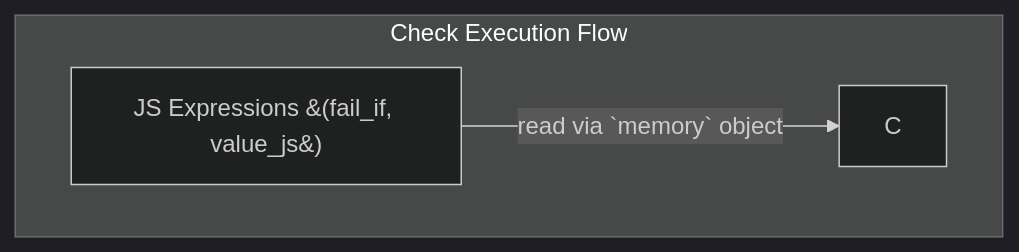
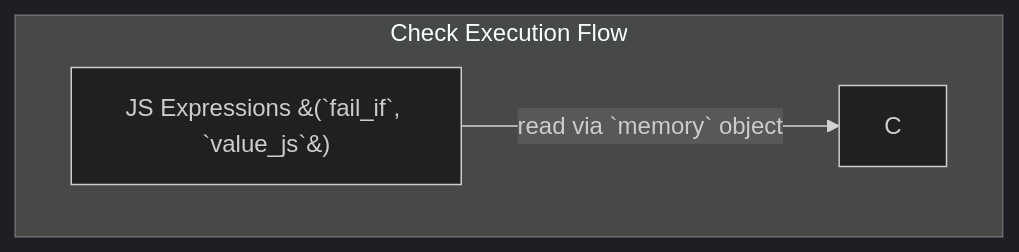
Diagram 53 of 54 in test-fixtures/flowchart/INVALID_DIAGRAMS.md (probelabs/mermaid-lint), drawn with Mermaid (dark theme) before and after one commit. The commit also changed other lines of this file and 1 other file, not shown here.

Commit message:
previews(flowchart): do not enforce mermaid-cli validity for '--fix' (safe) previews; require only '--fix=all' outputs to validate

````diff
--- a/test-fixtures/flowchart/INVALID_DIAGRAMS.md
+++ b/test-fixtures/flowchart/INVALID_DIAGRAMS.md
@@ -3935,8 +3935,8 @@
 ```mermaid
 flowchart TD
   subgraph "Check Execution Flow"
-    G[JS Expressions &#40;fail_if, value_js&#41;] -- read via `memory` object --> C
+    G[JS Expressions &#40;`fail_if`, `value_js`&#41;] -- read via `memory` object --> C
   end
 
 
 ```
````
